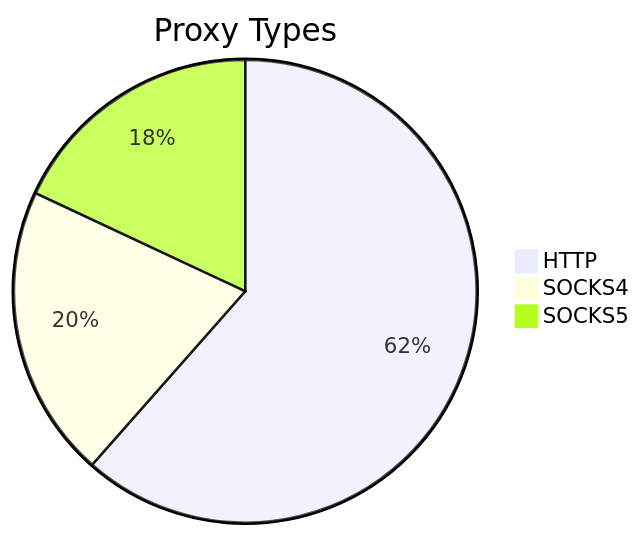
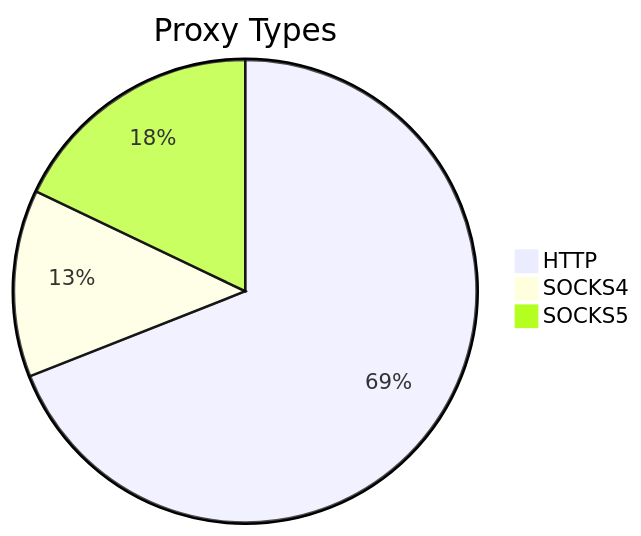
Before and after one commit to stormsia/proxy-list: the first of 2 diagrams in README.md, drawn with Mermaid. The commit also changed other lines of this file, not shown here.

````diff
--- a/README.md
+++ b/README.md
@@ -21,6 +21,6 @@
 ```mermaid
 pie title Proxy Types
-    "HTTP" : 532
-    "SOCKS4" : 177
-    "SOCKS5" : 156
+    "HTTP" : 343
+    "SOCKS4" : 65
+    "SOCKS5" : 89
 ```
````
